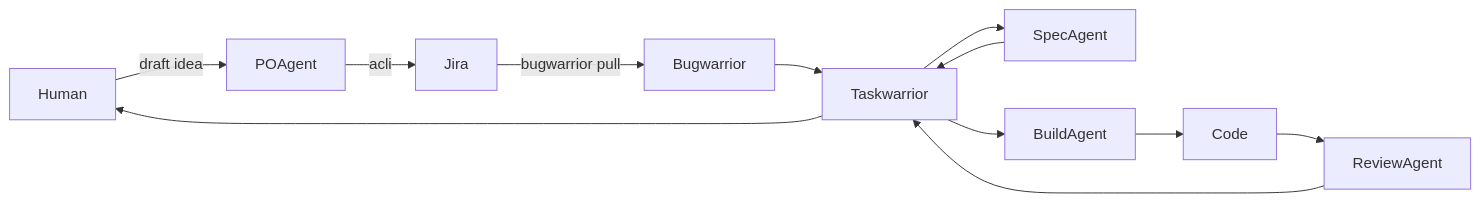
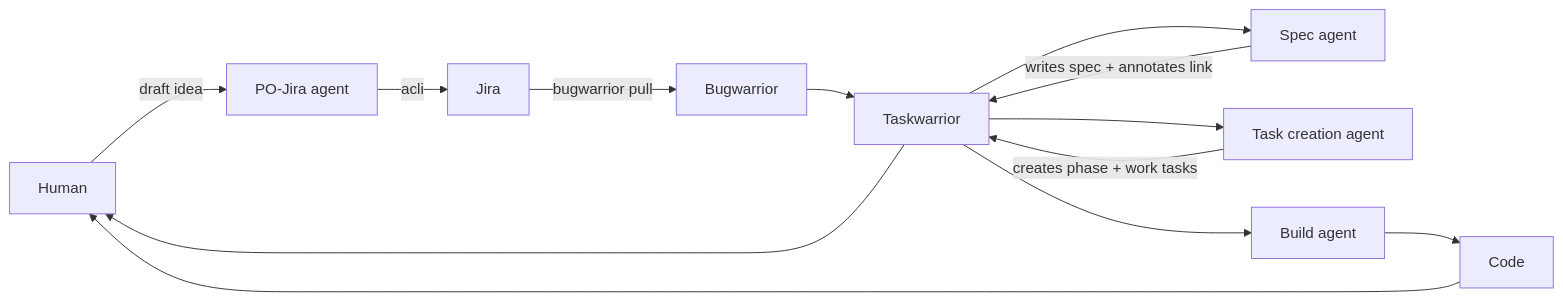
The first of 3 diagrams in README.md (matlockx/workflow), drawn with Mermaid before and after one commit. The commit also changed other lines of this file and 5 other files, not shown here.

First line of the commit message:
refactor(workflow): rename spec_state to work_status across workflow

````diff
--- a/README.md
+++ b/README.md
@@ -48,19 +89,20 @@
 ```mermaid
 flowchart LR
-    Human -->|draft idea| POAgent
-    POAgent -->|acli| Jira[Jira]
+  H[Human] -->|draft idea| PO[PO-Jira agent]
+  PO -->|acli| J[Jira]
 
-    Jira -->|bugwarrior pull| Bugwarrior
-    Bugwarrior --> Taskwarrior
+  J -->|bugwarrior pull| BW[Bugwarrior]
+  BW --> TW[Taskwarrior]
 
-    Taskwarrior --> SpecAgent
-    SpecAgent --> Taskwarrior
+  TW --> SA[Spec agent]
+  SA -->|writes spec + annotates link| TW
 
-    Taskwarrior --> BuildAgent
-    BuildAgent --> Code
+  TW --> TCA[Task creation agent]
+  TCA -->|creates phase + work tasks| TW
 
-    Code --> ReviewAgent
-    ReviewAgent --> Taskwarrior
+  TW --> BA[Build agent]
+  BA --> CODE[Code]
 
-    Taskwarrior --> Human
+  CODE --> H
+  TW --> H
 ```
````
